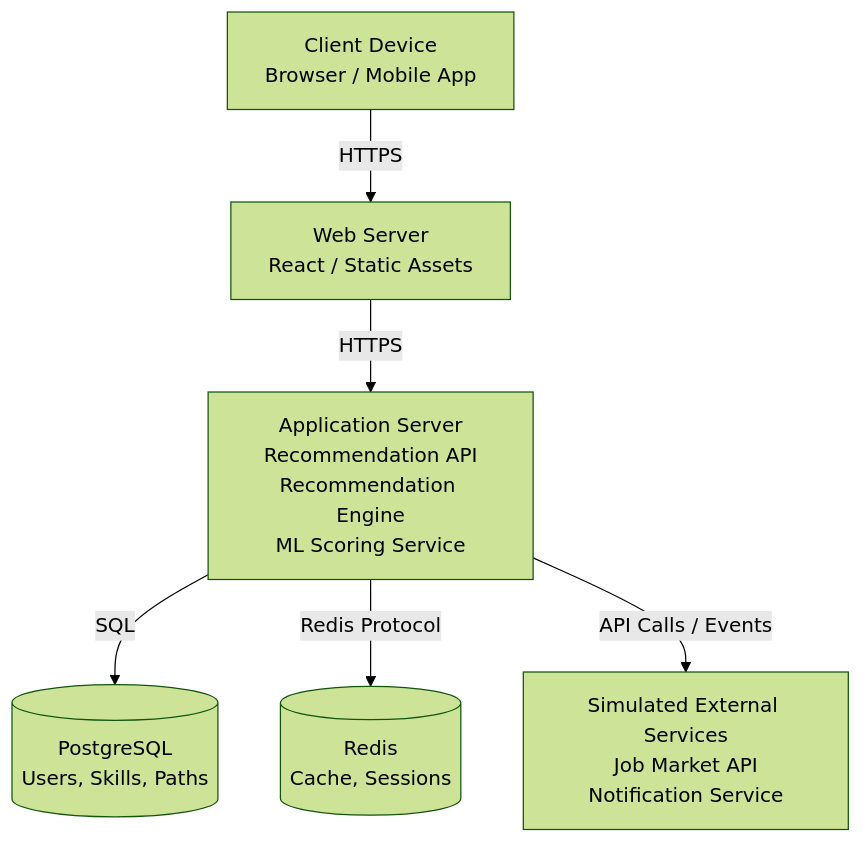
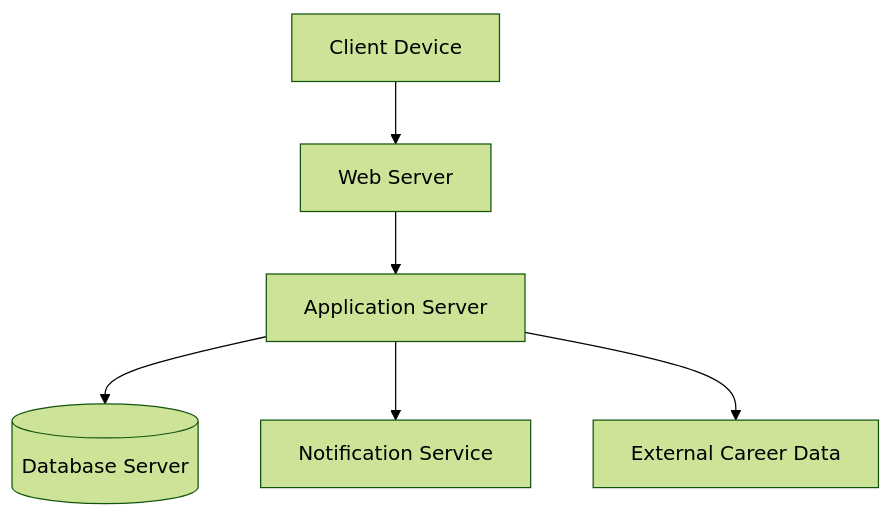
The eighth of 8 diagrams in README.md (Aditi2512Gupta/CareerAI), drawn with Mermaid (forest theme) before and after one commit. The commit also changed other lines of this file, not shown here.

Commit message:
Fix Mermaid diagrams in README

````diff
--- a/README.md
+++ b/README.md
@@ -238,15 +220,8 @@
 ```mermaid
-flowchart TB
-    Device[Client Device\nBrowser / Mobile App]
-    Web[Web Server\nReact / Static Assets]
-    App[Application Server\nRecommendation API\nRecommendation Engine\nML Scoring Service]
-    DB[(PostgreSQL\nUsers, Skills, Paths)]
-    Redis[(Redis\nCache, Sessions)]
-    Ext[Simulated External Services\nJob Market API\nNotification Service]
-
-    Device -->|HTTPS| Web
-    Web -->|HTTPS| App
-    App -->|SQL| DB
-    App -->|Redis Protocol| Redis
-    App -->|API Calls / Events| Ext
+graph TB
+    Device[Client Device] --> Web[Web Server]
+    Web --> App[Application Server]
+    App --> DB[(Database Server)]
+    App --> Notify[Notification Service]
+    App --> Market[External Career Data]
 ```
````
